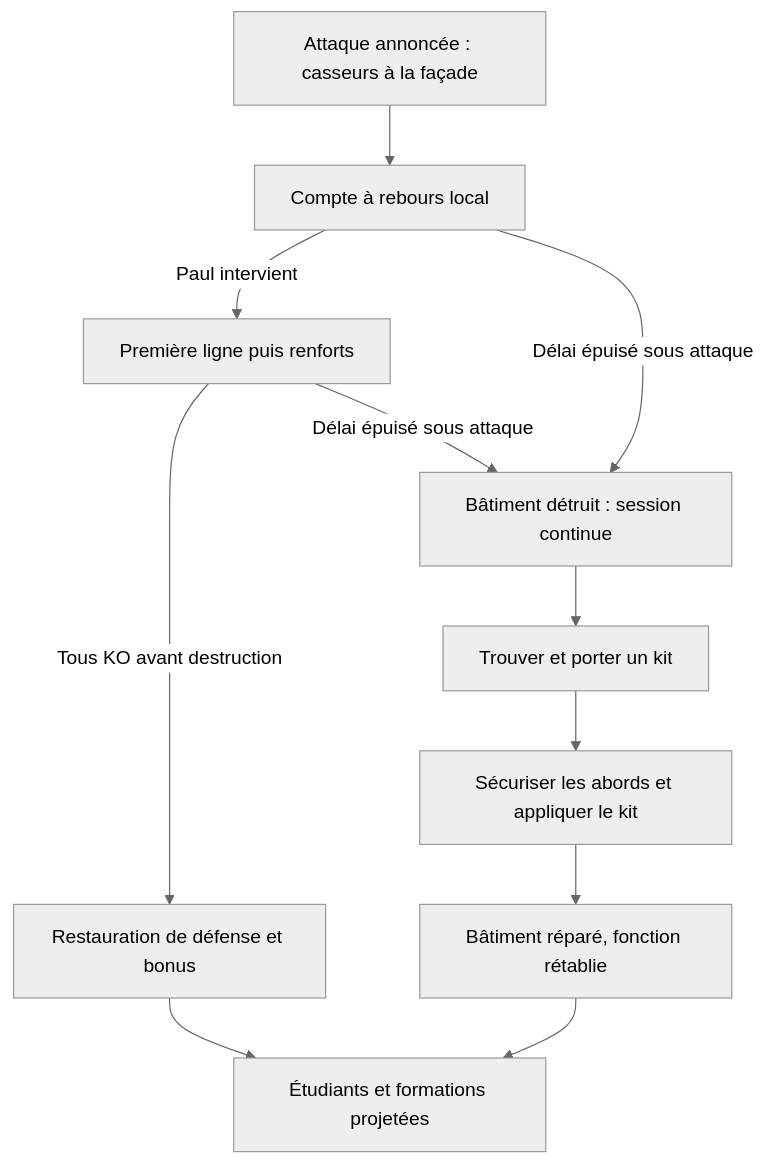
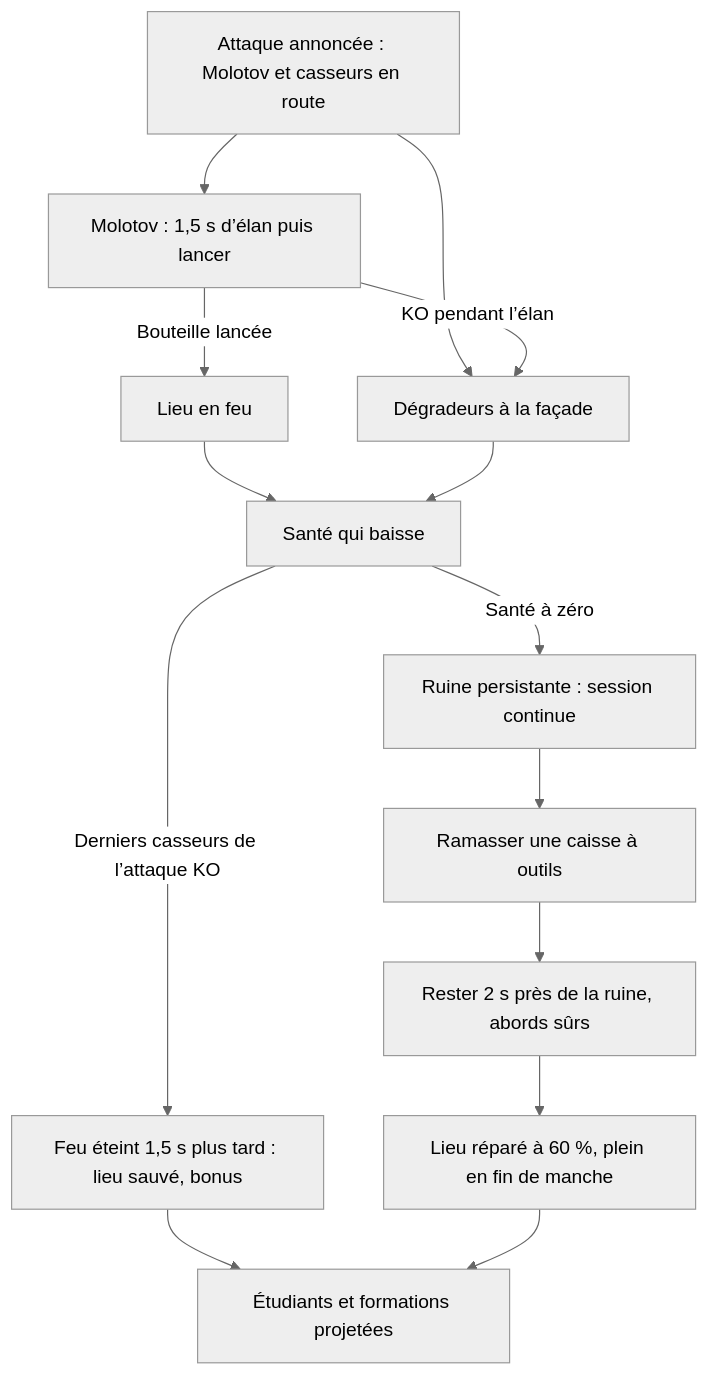
Before and after one commit to thlaure/BreakBreaker: the second of 2 diagrams in docs/CAHIER_DES_CHARGES.md, drawn with Mermaid (neutral theme). The commit also changed other lines of this file and 10 other files, not shown here.

````diff
--- a/docs/CAHIER_DES_CHARGES.md
+++ b/docs/CAHIER_DES_CHARGES.md
@@ -407,13 +409,16 @@
 ```mermaid
 flowchart TD
-  A[Attaque annoncée : casseurs à la façade] --> B[Compte à rebours local]
-  B -->|Paul intervient| C[Première ligne puis renforts]
-  C -->|Tous KO avant destruction| D[Restauration de défense et bonus]
-  B -->|Délai épuisé sous attaque| E[Bâtiment détruit : session continue]
-  C -->|Délai épuisé sous attaque| E
-  E --> F[Trouver et porter un kit]
-  F --> G[Sécuriser les abords et appliquer le kit]
-  G --> H[Bâtiment réparé, fonction rétablie]
-  D --> I[Étudiants et formations projetées]
-  H --> I
+  A[Attaque annoncée : Molotov et casseurs en route] --> B[Molotov : 1,5 s d’élan puis lancer]
+  A --> C[Dégradeurs à la façade]
+  B -->|KO pendant l’élan| C
+  B -->|Bouteille lancée| D[Lieu en feu]
+  D --> E[Santé qui baisse]
+  C --> E
+  E -->|Derniers casseurs de l’attaque KO| F[Feu éteint 1,5 s plus tard : lieu sauvé, bonus]
+  E -->|Santé à zéro| G[Ruine persistante : session continue]
+  G --> H[Ramasser une caisse à outils]
+  H --> I[Rester 2 s près de la ruine, abords sûrs]
+  I --> J[Lieu réparé à 60 %, plein en fin de manche]
+  F --> K[Étudiants et formations projetées]
+  J --> K
 ```
````
